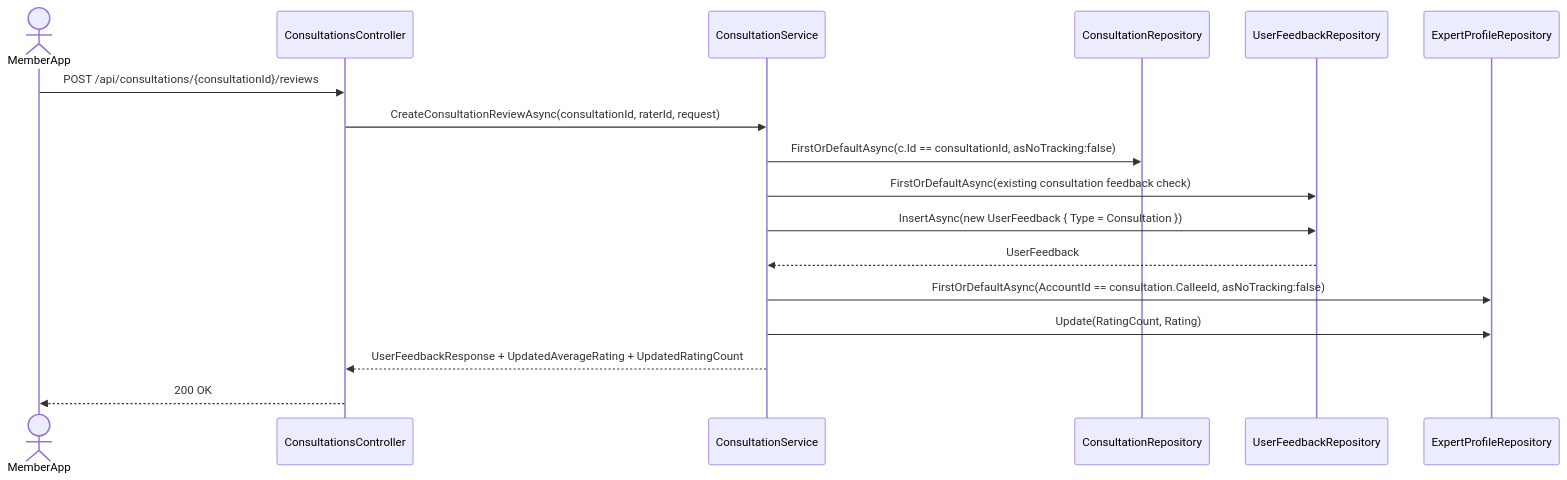
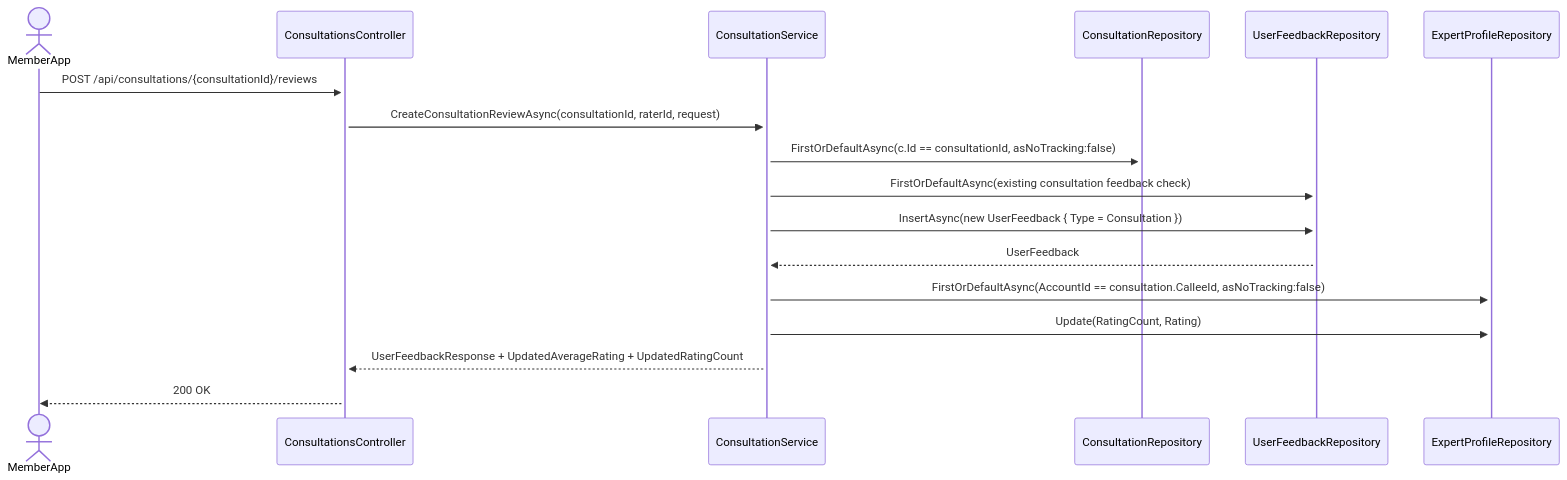
Diagram 15 of 16 in Docs/11-SoftwareDocument/Report 5/SnakeAid Report4_Software Design Document.docx.md (Snake-AID/SnakeAid.Docs), drawn with Mermaid before and after one commit. The commit also changed other lines of this file, not shown here.

Commit message:
docs(sequence-diagrams): enhance activation and deactivation sequences for consultation services

````diff
--- a/Docs/11-SoftwareDocument/Report 5/SnakeAid Report4_Software Design Document.docx.md
+++ b/Docs/11-SoftwareDocument/Report 5/SnakeAid Report4_Software Design Document.docx.md
@@ -1392,20 +1526,25 @@
 ```mermaid
 sequenceDiagram
     actor MemberApp
     participant ConsultationsController
     participant ConsultationService
     participant ConsultationRepository
     participant UserFeedbackRepository
     participant ExpertProfileRepository
+    activate ConsultationsController
+    activate ConsultationService
+    activate ConsultationRepository
+    activate UserFeedbackRepository
+    activate ExpertProfileRepository
 
     MemberApp->>ConsultationsController: POST /api/consultations/{consultationId}/reviews
     ConsultationsController->>ConsultationService: CreateConsultationReviewAsync(consultationId, raterId, request)
     ConsultationService->>ConsultationRepository: FirstOrDefaultAsync(c.Id == consultationId, asNoTracking:false)
     ConsultationService->>UserFeedbackRepository: FirstOrDefaultAsync(existing consultation feedback check)
     ConsultationService->>UserFeedbackRepository: InsertAsync(new UserFeedback { Type = Consultation })
     UserFeedbackRepository-->>ConsultationService: UserFeedback
     ConsultationService->>ExpertProfileRepository: FirstOrDefaultAsync(AccountId == consultation.CalleeId, asNoTracking:false)
     ConsultationService->>ExpertProfileRepository: Update(RatingCount, Rating)
     ConsultationService-->>ConsultationsController: UserFeedbackResponse + UpdatedAverageRating + UpdatedRatingCount
     ConsultationsController-->>MemberApp: 200 OK
 ```
````
